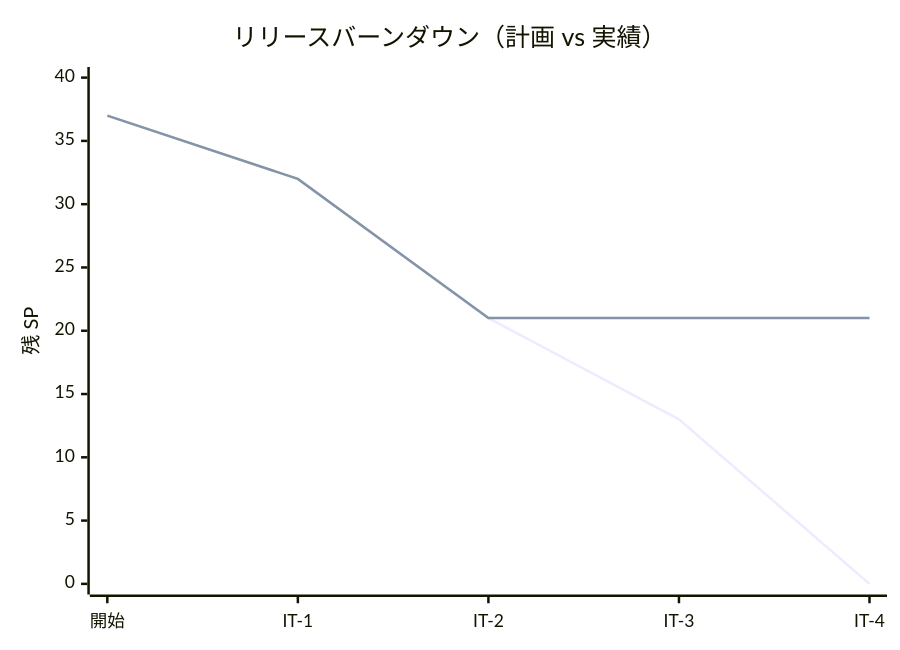
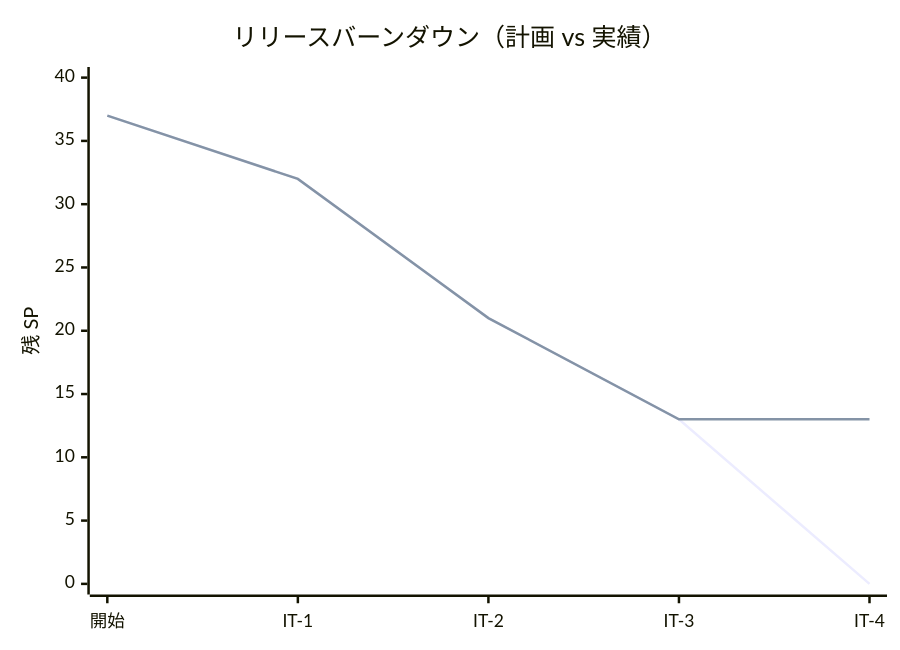
One commit to k2works/ai-programing-exercise changed the third of 3 diagrams in docs/development/release_plan.md. Above: the diagram before and after it, drawn with Mermaid. The commit also changed other lines of this file and 3 other files, not shown here.

````diff
--- a/docs/development/release_plan.md
+++ b/docs/development/release_plan.md
@@ -357,8 +361,8 @@
 ```mermaid
 xychart-beta
     title "リリースバーンダウン（計画 vs 実績）"
     x-axis ["開始", "IT-1", "IT-2", "IT-3", "IT-4"]
     y-axis "残 SP" 0 --> 40
     line "計画" [37, 32, 21, 13, 0]
-    line "実績(IT-2まで)" [37, 32, 21, 21, 21]
+    line "実績(IT-3まで)" [37, 32, 21, 13, 13]
 ```
````
